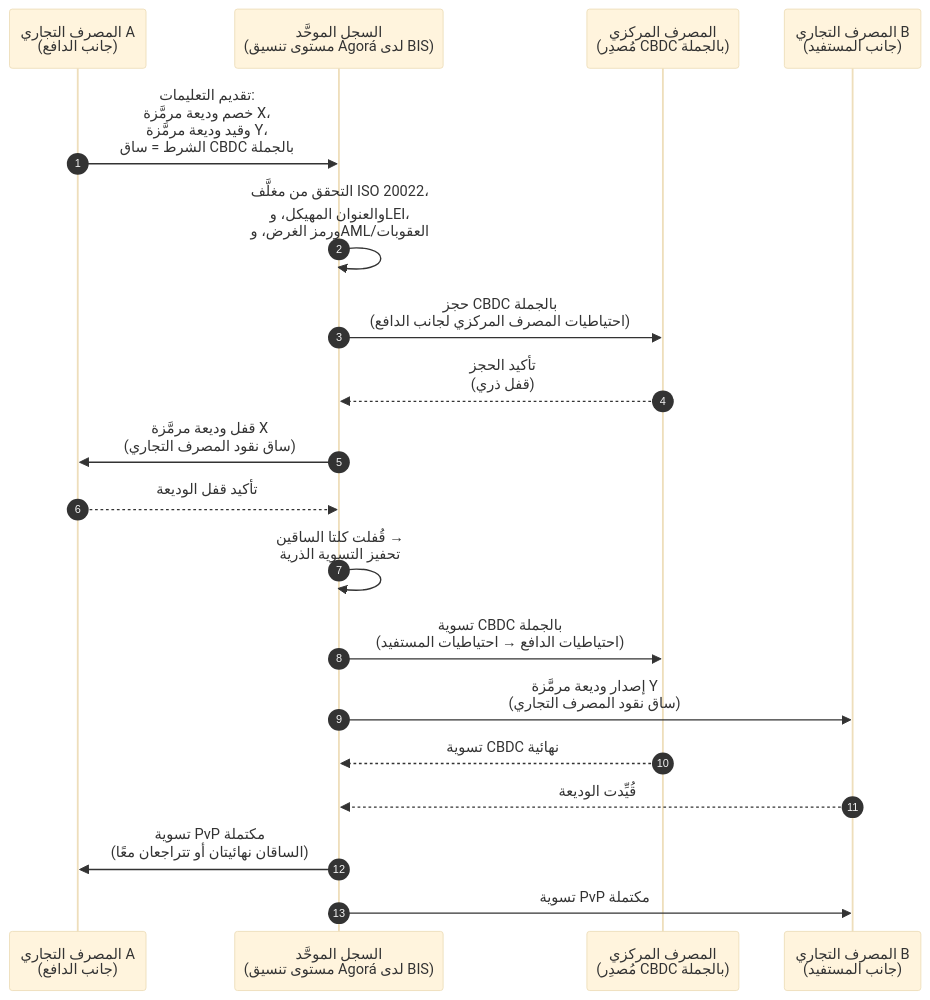
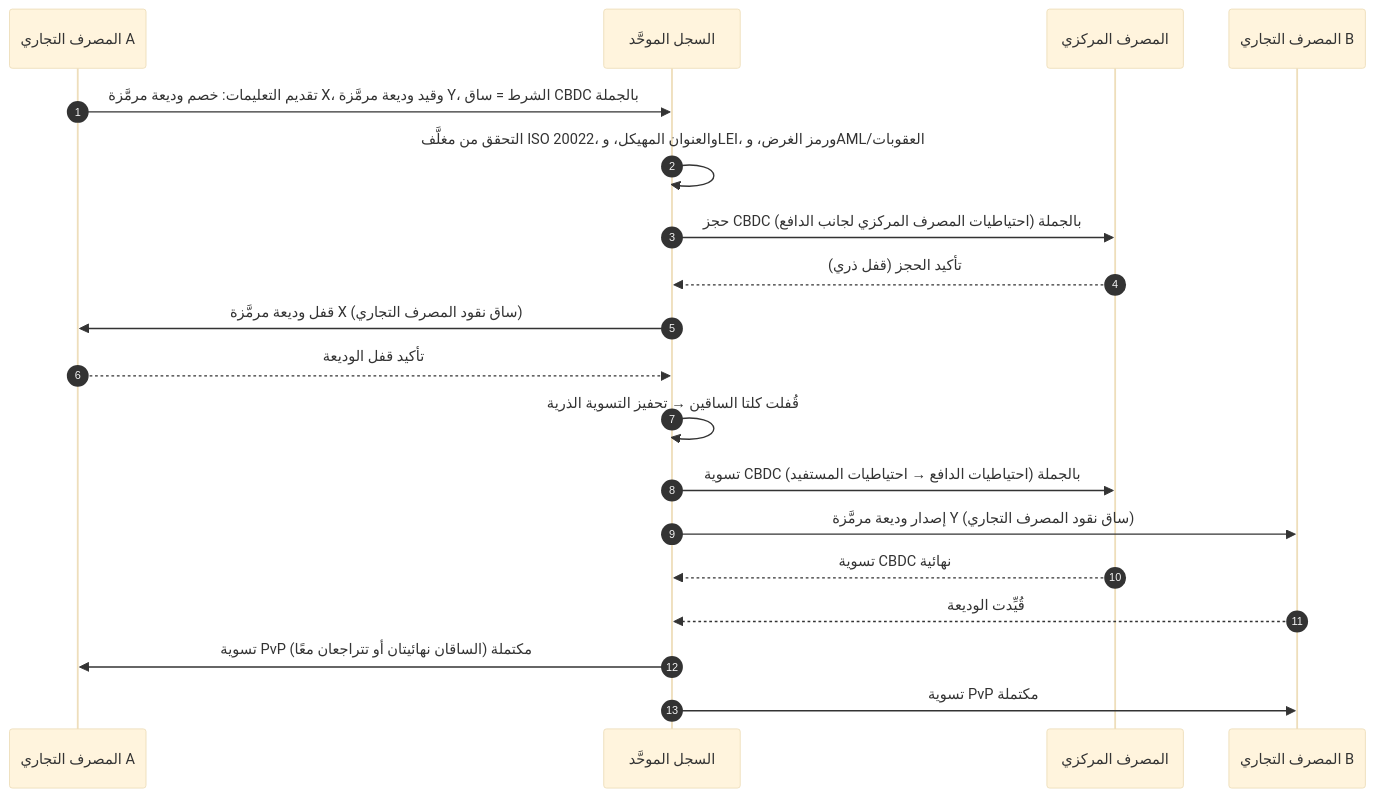
Before and after one commit to sebastienrousseau/sebastienrousseau.github.io: the diagram in _posts/ar/2026-06-06-wholesale-payments-index-iso20022-tokenised-deposits-cross-border-2026.md, drawn with Mermaid (base theme). The commit also changed 2231 other files, not shown here.

First line of the commit message:
fix(mermaid): unblock Mermaid v10 rendering end-to-end (#198)

````diff
--- a/_posts/ar/2026-06-06-wholesale-payments-index-iso20022-tokenised-deposits-cross-border-2026.md
+++ b/_posts/ar/2026-06-06-wholesale-payments-index-iso20022-tokenised-deposits-cross-border-2026.md
@@ -170,22 +170,21 @@
 ```mermaid
 sequenceDiagram
     autonumber
-    participant CB_A as المصرف التجاري A<br/>(جانب الدافع)
-    participant UL as السجل الموحَّد<br/>(مستوى تنسيق Agorá لدى BIS)
-    participant CBNK as المصرف المركزي<br/>(مُصدِر CBDC بالجملة)
-    participant CB_B as المصرف التجاري B<br/>(جانب المستفيد)
-
-    CB_A->>UL: تقديم التعليمات:<br/>خصم وديعة مرمَّزة X،<br/>وقيد وديعة مرمَّزة Y،<br/>الشرط = ساق CBDC بالجملة
-    UL->>UL: التحقق من مغلَّف ISO 20022،<br/>والعنوان المهيكل، وLEI،<br/>ورمز الغرض، وAML/العقوبات
-    UL->>CBNK: حجز CBDC بالجملة<br/>(احتياطيات المصرف المركزي لجانب الدافع)
-    CBNK-->>UL: تأكيد الحجز<br/>(قفل ذري)
-    UL->>CB_A: قفل وديعة مرمَّزة X<br/>(ساق نقود المصرف التجاري)
+    participant CB_A as المصرف التجاري A
+    participant UL as السجل الموحَّد
+    participant CBNK as المصرف المركزي
+    participant CB_B as المصرف التجاري B
+    CB_A->>UL: تقديم التعليمات: خصم وديعة مرمَّزة X، وقيد وديعة مرمَّزة Y، الشرط = ساق CBDC بالجملة
+    UL->>UL: التحقق من مغلَّف ISO 20022، والعنوان المهيكل، وLEI، ورمز الغرض، وAML/العقوبات
+    UL->>CBNK: حجز CBDC بالجملة (احتياطيات المصرف المركزي لجانب الدافع)
+    CBNK-->>UL: تأكيد الحجز (قفل ذري)
+    UL->>CB_A: قفل وديعة مرمَّزة X (ساق نقود المصرف التجاري)
     CB_A-->>UL: تأكيد قفل الوديعة
-    UL->>UL: قُفلت كلتا الساقين →<br/>تحفيز التسوية الذرية
-    UL->>CBNK: تسوية CBDC بالجملة<br/>(احتياطيات الدافع → احتياطيات المستفيد)
-    UL->>CB_B: إصدار وديعة مرمَّزة Y<br/>(ساق نقود المصرف التجاري)
+    UL->>UL: قُفلت كلتا الساقين → تحفيز التسوية الذرية
+    UL->>CBNK: تسوية CBDC بالجملة (احتياطيات الدافع → احتياطيات المستفيد)
+    UL->>CB_B: إصدار وديعة مرمَّزة Y (ساق نقود المصرف التجاري)
     CBNK-->>UL: تسوية CBDC نهائية
     CB_B-->>UL: قُيِّدت الوديعة
-    UL->>CB_A: تسوية PvP مكتملة<br/>(الساقان نهائيتان أو تتراجعان معًا)
+    UL->>CB_A: تسوية PvP مكتملة (الساقان نهائيتان أو تتراجعان معًا)
     UL->>CB_B: تسوية PvP مكتملة
 ```
````
